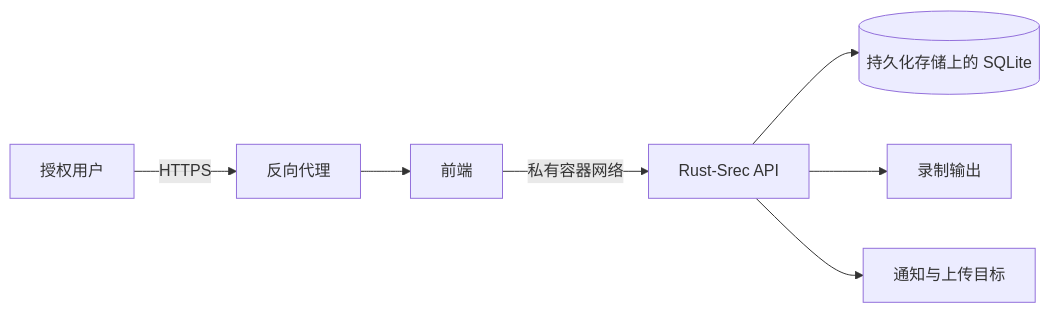
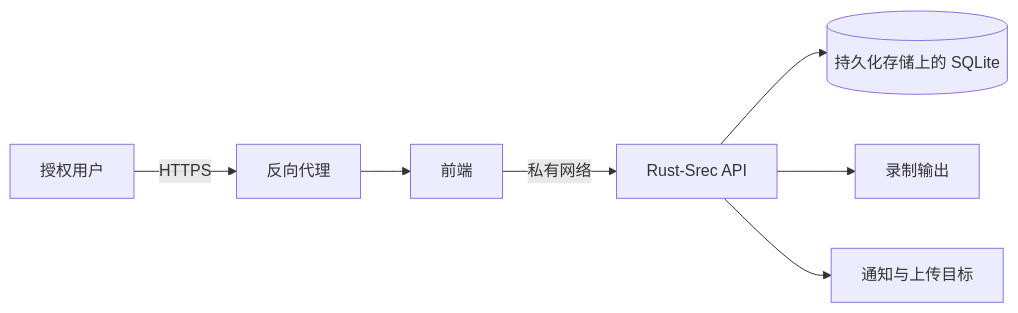
One commit to hua0512/rust-srec changed the diagram in rust-srec/docs/zh/operations/production.md. Above: the diagram before and after it, drawn with Mermaid. The commit also changed other lines of this file and 31 other files, not shown here.

````diff
--- a/rust-srec/docs/zh/operations/production.md
+++ b/rust-srec/docs/zh/operations/production.md
@@ -7,9 +7,9 @@
 ```mermaid
 flowchart LR
   U[授权用户] -->|HTTPS| P[反向代理]
   P --> F[前端]
-  F -->|私有容器网络| B[Rust-Srec API]
+  F -->|私有网络| B[Rust-Srec API]
   B --> D[(持久化存储上的 SQLite)]
   B --> O[录制输出]
   B --> N[通知与上传目标]
 ```
````
